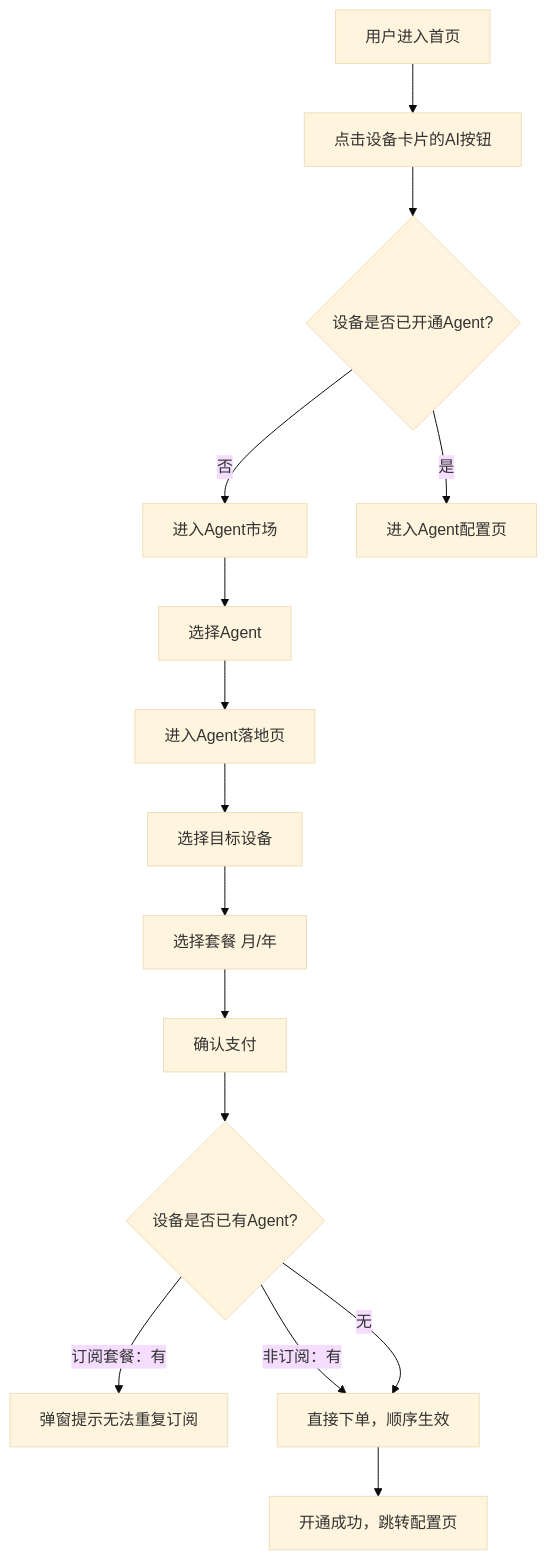
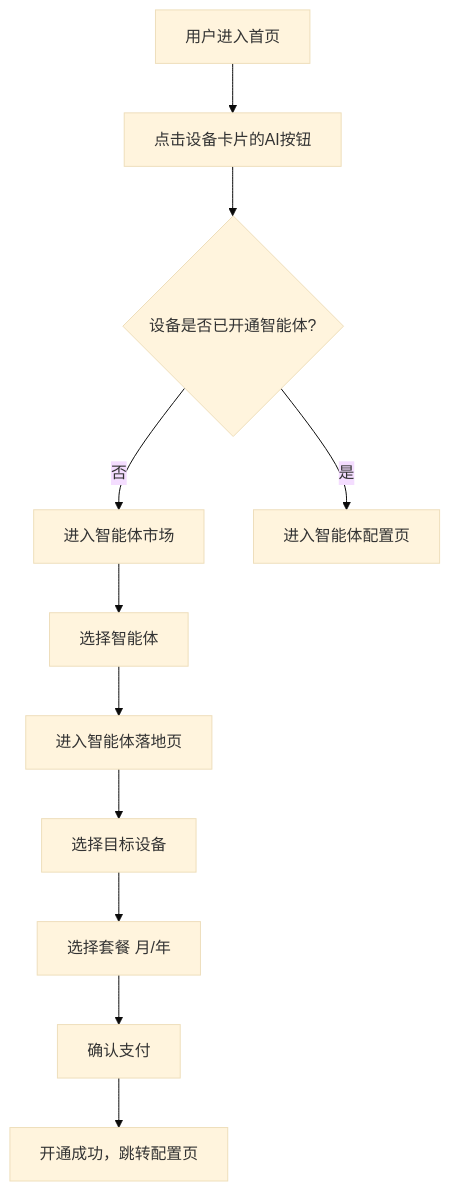
One commit to hongtao-l/platform changed the first of 4 diagrams in docs/prd_full/Agent工厂/Agent工厂03PRD.md. Above: the diagram before and after it, drawn with Mermaid (base theme). The commit also changed other lines of this file and 13 other files, not shown here.

````diff
--- a/docs/prd_full/Agent工厂/Agent工厂03PRD.md
+++ b/docs/prd_full/Agent工厂/Agent工厂03PRD.md
@@ -94,17 +95,13 @@
 ```mermaid
 flowchart TD
     A[用户进入首页] --> B[点击设备卡片的AI按钮]
-    B --> C{设备是否已开通Agent?}
-    C -->|否| D[进入Agent市场]
-    C -->|是| E[进入Agent配置页]
-    D --> F[选择Agent]
-    F --> G[进入Agent落地页]
+    B --> C{设备是否已开通智能体?}
+    C -->|否| D[进入智能体市场]
+    C -->|是| E[进入智能体配置页]
+    D --> F[选择智能体]
+    F --> G[进入智能体落地页]
     G --> H[选择目标设备]
     H --> I[选择套餐 月/年]
     I --> J[确认支付]
-    J --> K{设备是否已有Agent?}
-    K -->|订阅套餐：有| L[弹窗提示无法重复订阅]
-    K -->|非订阅：有| M[直接下单，顺序生效]
-    K -->|无| M
-    M --> N[开通成功，跳转配置页]
+    J --> N[开通成功，跳转配置页]
 ```
````
